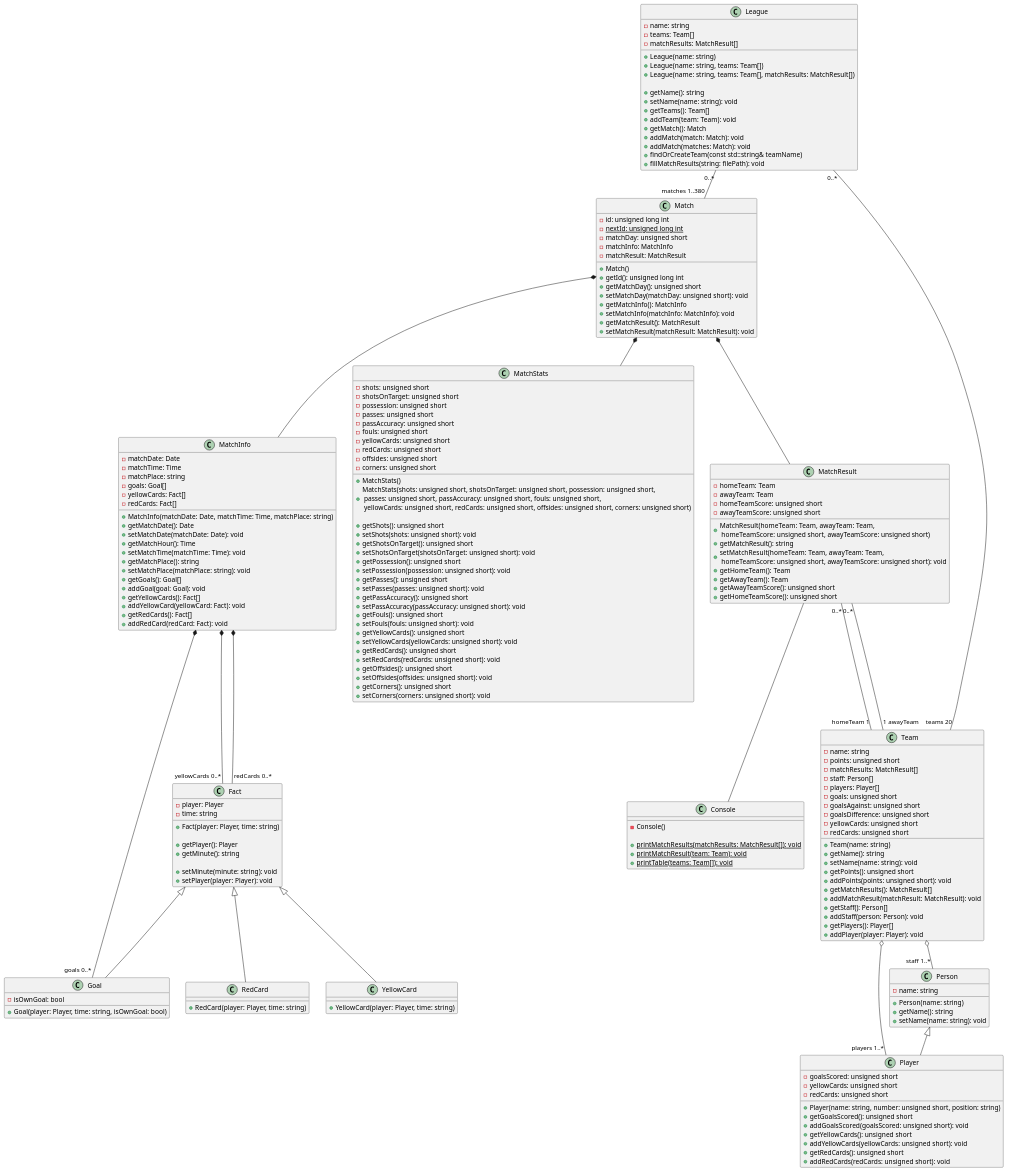
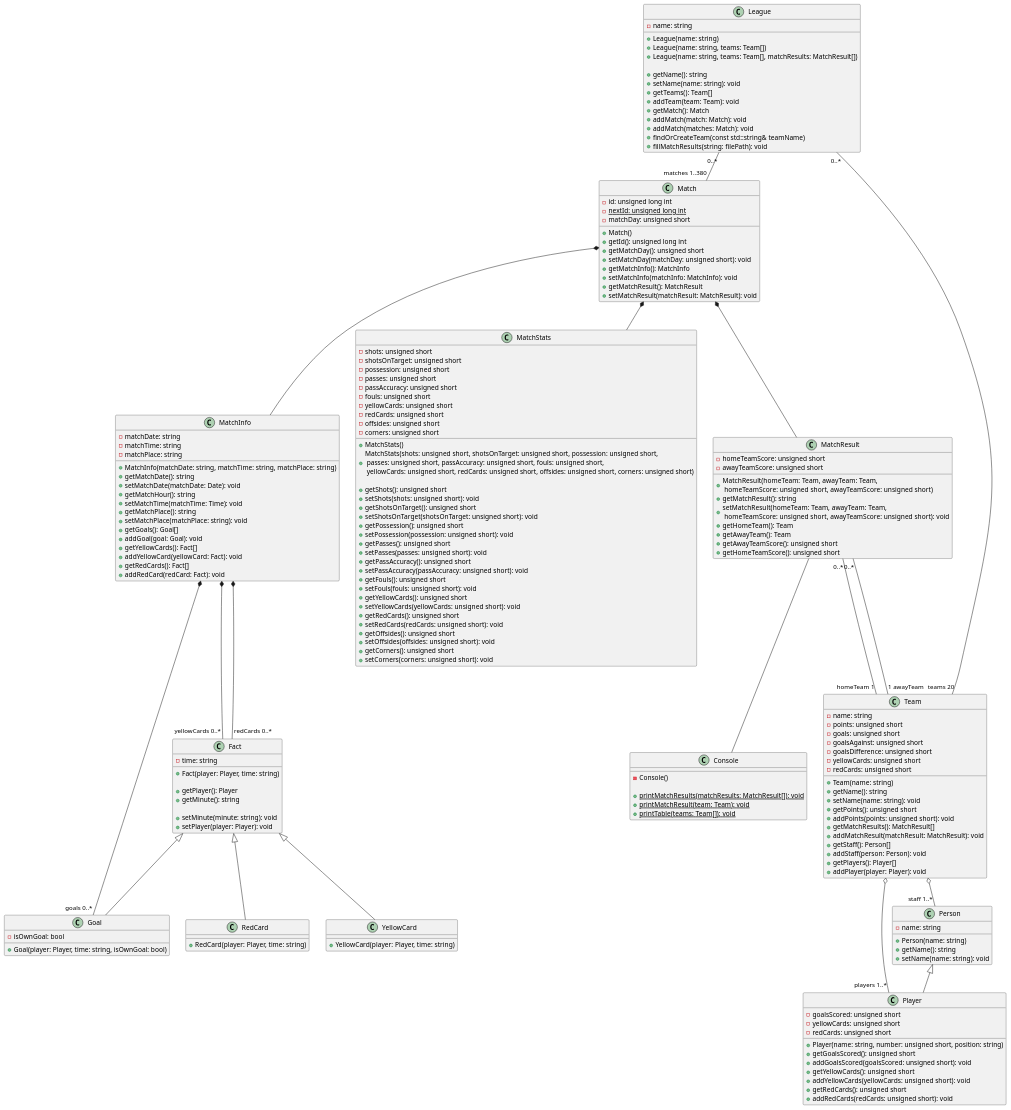
The diagram in project/init-classes.puml (viniciusmioto/finta), drawn with PlantUML before and after one commit. The commit also changed 13 other files, not shown here.

Commit message:
fix: iterator & diagram

```diff
--- a/project/init-classes.puml
+++ b/project/init-classes.puml
@@ -1,7 +1,6 @@
 @startuml name "finta"
 
 class Fact {
-  - player: Player
   - time: string
 
   + Fact(player: Player, time: string)
@@ -30,8 +29,6 @@
   - id: unsigned long int
   - {static} nextId: unsigned long int
   - matchDay: unsigned short
-  - matchInfo: MatchInfo
-  - matchResult: MatchResult
 
   + Match()
   + getId(): unsigned long int
@@ -44,8 +41,6 @@
 }
 
 class MatchResult {
-  - homeTeam: Team
-  - awayTeam: Team
   - homeTeamScore: unsigned short
   - awayTeamScore: unsigned short
 
@@ -59,17 +54,14 @@
 }
 
 Class MatchInfo {
-  - matchDate: Date
-  - matchTime: Time
+  - matchDate: string
+  - matchTime: string
   - matchPlace: string
-  - goals: Goal[]
-  - yellowCards: Fact[]
-  - redCards: Fact[]
 
-  + MatchInfo(matchDate: Date, matchTime: Time, matchPlace: string)
-  + getMatchDate(): Date
+  + MatchInfo(matchDate: string, matchTime: string, matchPlace: string)
+  + getMatchDate(): string
   + setMatchDate(matchDate: Date): void
-  + getMatchHour(): Time
+  + getMatchHour(): string
   + setMatchTime(matchTime: Time): void
   + getMatchPlace(): string
   + setMatchPlace(matchPlace: string): void
@@ -122,9 +114,6 @@
 class Team {
   - name: string
   - points: unsigned short
-  - matchResults: MatchResult[]
-  - staff: Person[]
-  - players: Player[]
   - goals: unsigned short
   - goalsAgainst: unsigned short
   - goalsDifference: unsigned short
@@ -168,8 +157,6 @@
 
 class League {
   - name: string
-  - teams: Team[]
-  - matchResults: MatchResult[]
 
   + League(name: string)
   + League(name: string, teams: Team[])
```
